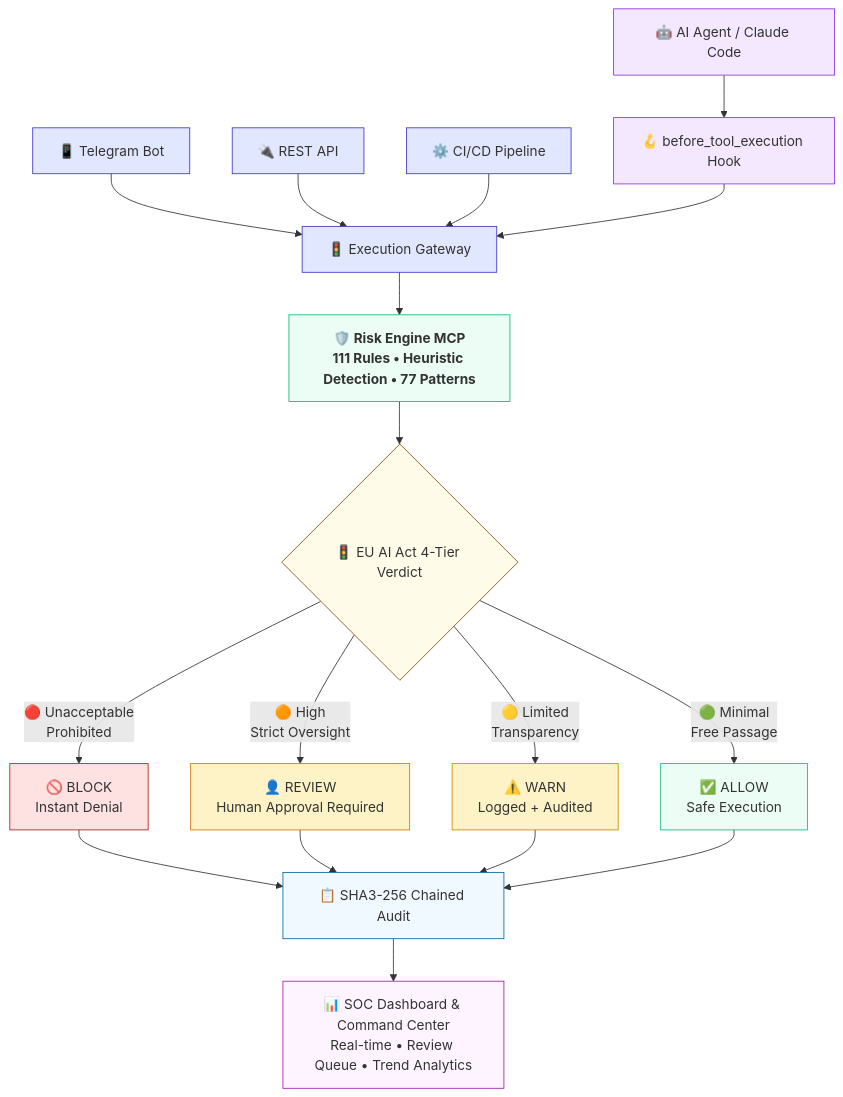
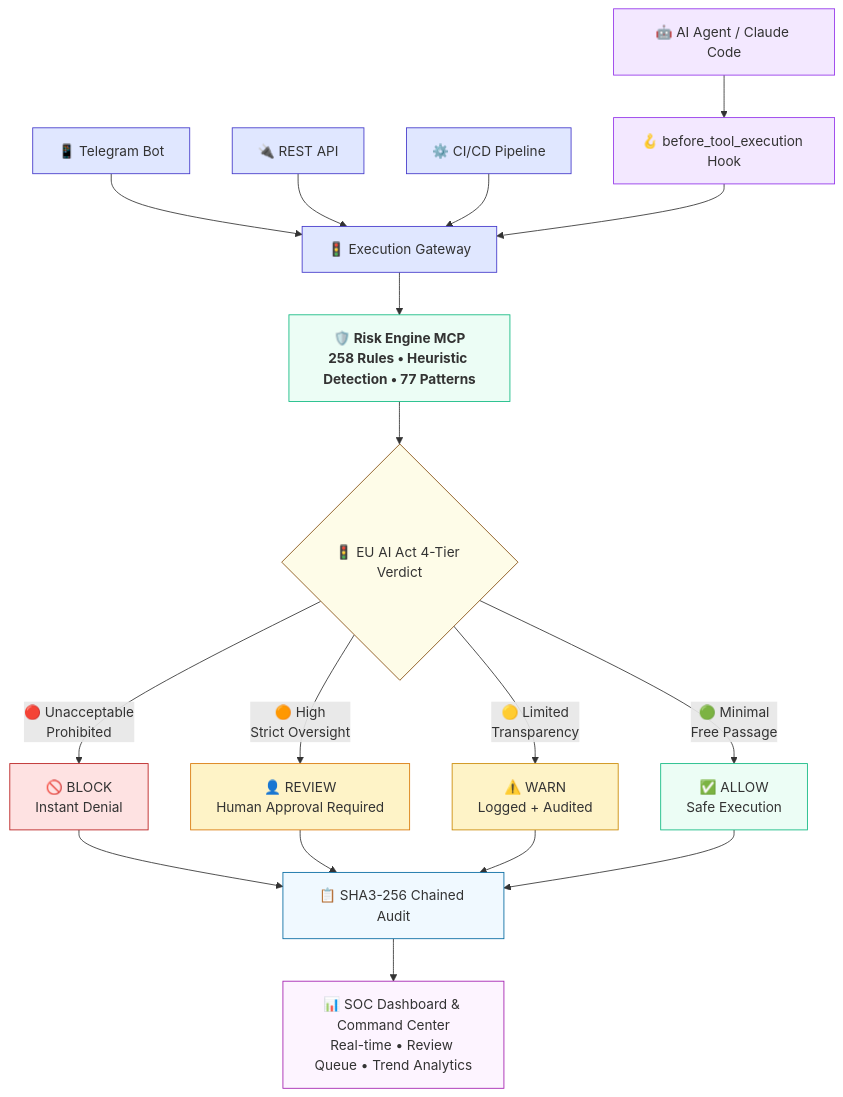
One commit to Elmahrosa/teos-sentinel-shield changed the diagram in docs/architecture-overview.md. Above: the diagram before and after it, drawn with Mermaid. The commit also changed other lines of this file and 35 other files, not shown here.

````diff
--- a/docs/architecture-overview.md
+++ b/docs/architecture-overview.md
@@ -31,52 +31,52 @@
 ```mermaid
 flowchart TD
     %% Input Sources
     A[🤖 AI Agent / Claude Code] --> H1[🪝 before_tool_execution Hook]
     B[📱 Telegram Bot] --> G[🚦 Execution Gateway]
     C[🔌 REST API] --> G
     D[⚙️ CI/CD Pipeline] --> G
     H1 --> G
 
     %% Gateway routes to engine
-    G --> E[🛡️ Risk Engine MCP<br/>111 Rules • Heuristic Detection • 77 Patterns]
+    G --> E[🛡️ Risk Engine MCP<br/>258 Rules • Heuristic Detection • 77 Patterns]
 
     %% EU AI Act 4-Tier Decision
     E --> F{🚦 EU AI Act 4-Tier Verdict}
 
     F -->|🔴 Unacceptable<br/>Prohibited| H[🚫 BLOCK<br/>Instant Denial]
     F -->|🟠 High<br/>Strict Oversight| I[👤 REVIEW<br/>Human Approval Required]
     F -->|🟡 Limited<br/>Transparency| J[⚠️ WARN<br/>Logged + Audited]
     F -->|🟢 Minimal<br/>Free Passage| K[✅ ALLOW<br/>Safe Execution]
 
     %% Outcomes
     H --> L[📋 SHA3-256 Chained Audit]
     I --> L
     J --> L
     K --> L
 
     %% Enterprise visibility
     L --> M[📊 SOC Dashboard & Command Center<br/>Real-time • Review Queue • Trend Analytics]
 
     %% Styling
     classDef hook fill:#f3e8ff,stroke:#9333ea
     classDef gateway fill:#e0e7ff,stroke:#4338ca
     classDef engine fill:#ecfdf5,stroke:#10b981,font-weight:bold
     classDef decision fill:#fefce8,stroke:#854d0e
     classDef block fill:#fee2e2,stroke:#b91c1c
     classDef review fill:#fef3c7,stroke:#d97706
     classDef warn fill:#fef3c7,stroke:#ca8a04
     classDef allow fill:#ecfdf5,stroke:#10b981
     classDef audit fill:#f0f9ff,stroke:#0369a1
     classDef dashboard fill:#fdf4ff,stroke:#a21caf
 
     class A,H1 hook
     class B,C,D,G gateway
     class E engine
     class F decision
     class H block
     class I review
     class J warn
     class K allow
     class L audit
     class M dashboard
 ```
````
